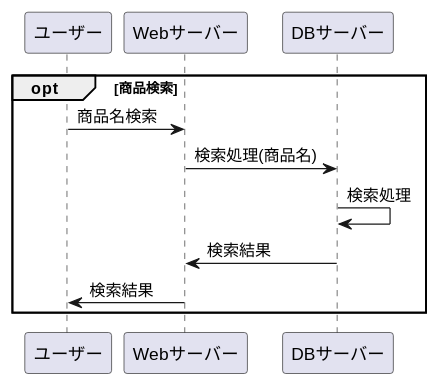
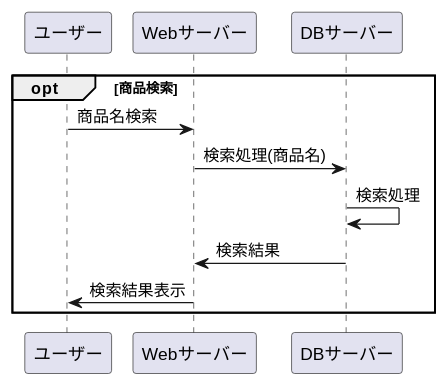
Before and after one commit to Aso2001154/2021sys-design: the diagram in stationary/業務フロー/商品検索.md, drawn with PlantUML.

````diff
--- a/stationary/業務フロー/商品検索.md
+++ b/stationary/業務フロー/商品検索.md
@@ -1,13 +1,13 @@
 ```uml
 @startuml
 
 opt 商品検索
 ユーザー -> Webサーバー : 商品名検索
 Webサーバー -> DBサーバー : 検索処理(商品名)
 DBサーバー -> DBサーバー : 検索処理
 DBサーバー -> Webサーバー : 検索結果
-Webサーバー -> ユーザー : 検索結果
+Webサーバー -> ユーザー : 検索結果表示
 end
 
 @enduml
 ```
````
